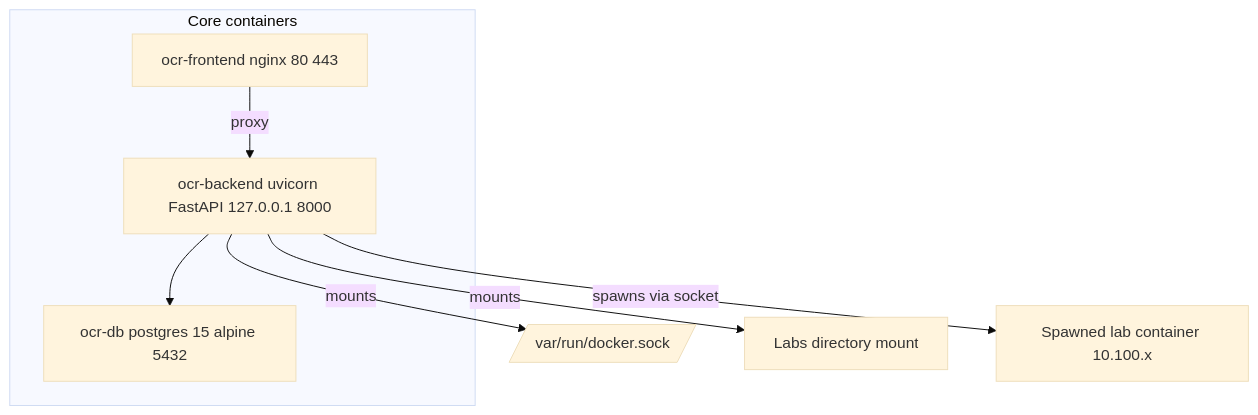
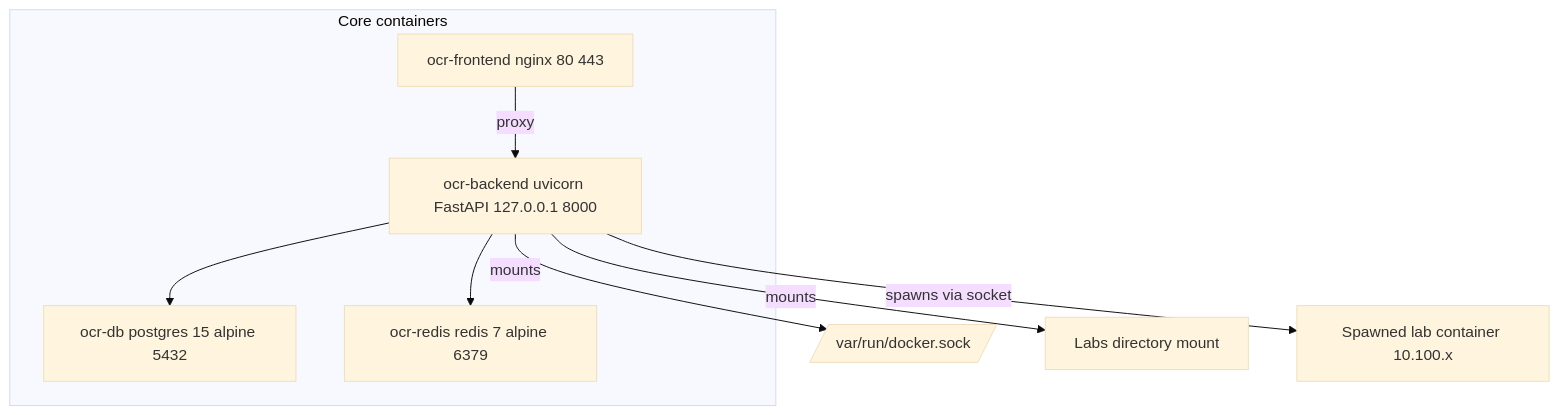
One commit to RobChaykoski/opencyberrange changed the first of 6 diagrams in Manual-Lite/00_Server_Deployment/06_Architecture.md. Above: the diagram before and after it, drawn with Mermaid (base theme). The commit also changed other lines of this file and 13 other files, not shown here.

````diff
--- a/Manual-Lite/00_Server_Deployment/06_Architecture.md
+++ b/Manual-Lite/00_Server_Deployment/06_Architecture.md
@@ -11,16 +11,18 @@
 ```mermaid
 flowchart TB
     subgraph Core[Core containers]
         FE[ocr-frontend nginx 80 443]
         BE[ocr-backend uvicorn FastAPI 127.0.0.1 8000]
         DB[ocr-db postgres 15 alpine 5432]
+        RD[ocr-redis redis 7 alpine 6379]
     end
     Sock[/var/run/docker.sock/]
     LabsDir[Labs directory mount]
     Lab[Spawned lab container 10.100.x]
     FE -->|proxy| BE
     BE --> DB
+    BE --> RD
     BE -->|mounts| Sock
     BE -->|mounts| LabsDir
     BE -->|spawns via socket| Lab
 ```
````
